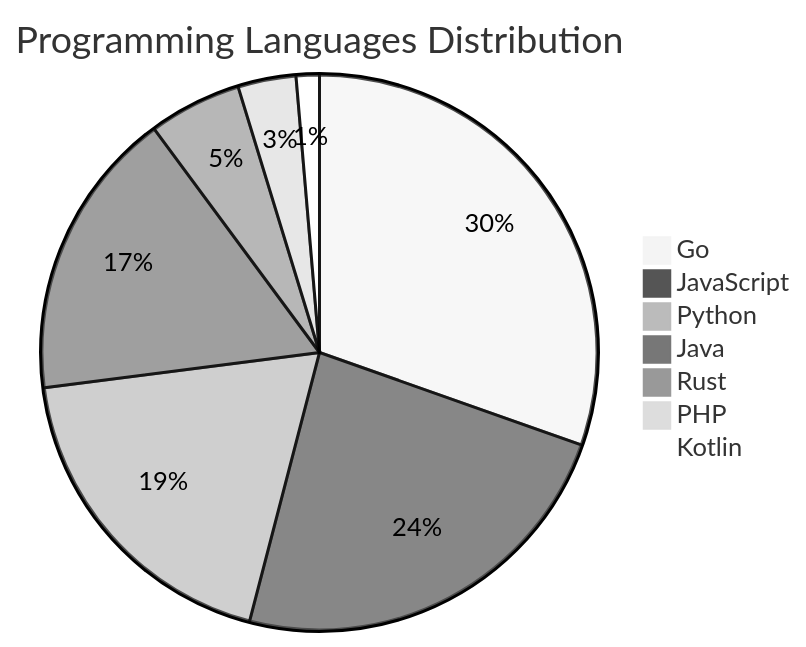
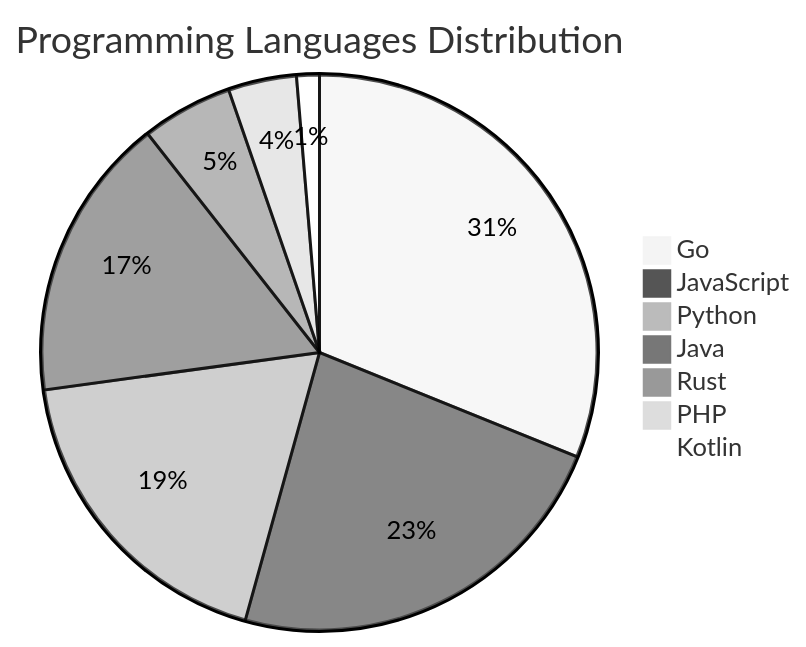
One commit to Derrick-MUGISHA/github-activity-bot changed the diagram in README.md. Above: the diagram before and after it, drawn with Mermaid (neutral theme). The commit also changed other lines of this file and 4 other files, not shown here.

````diff
--- a/README.md
+++ b/README.md
@@ -207,10 +207,10 @@
 ```mermaid
 pie title Programming Languages Distribution
-    "Go" : 45
+    "Go" : 47
     "JavaScript" : 35
     "Python" : 28
     "Java" : 25
     "Rust" : 8
-    "PHP" : 5
+    "PHP" : 6
     "Kotlin" : 2
 ```
````
